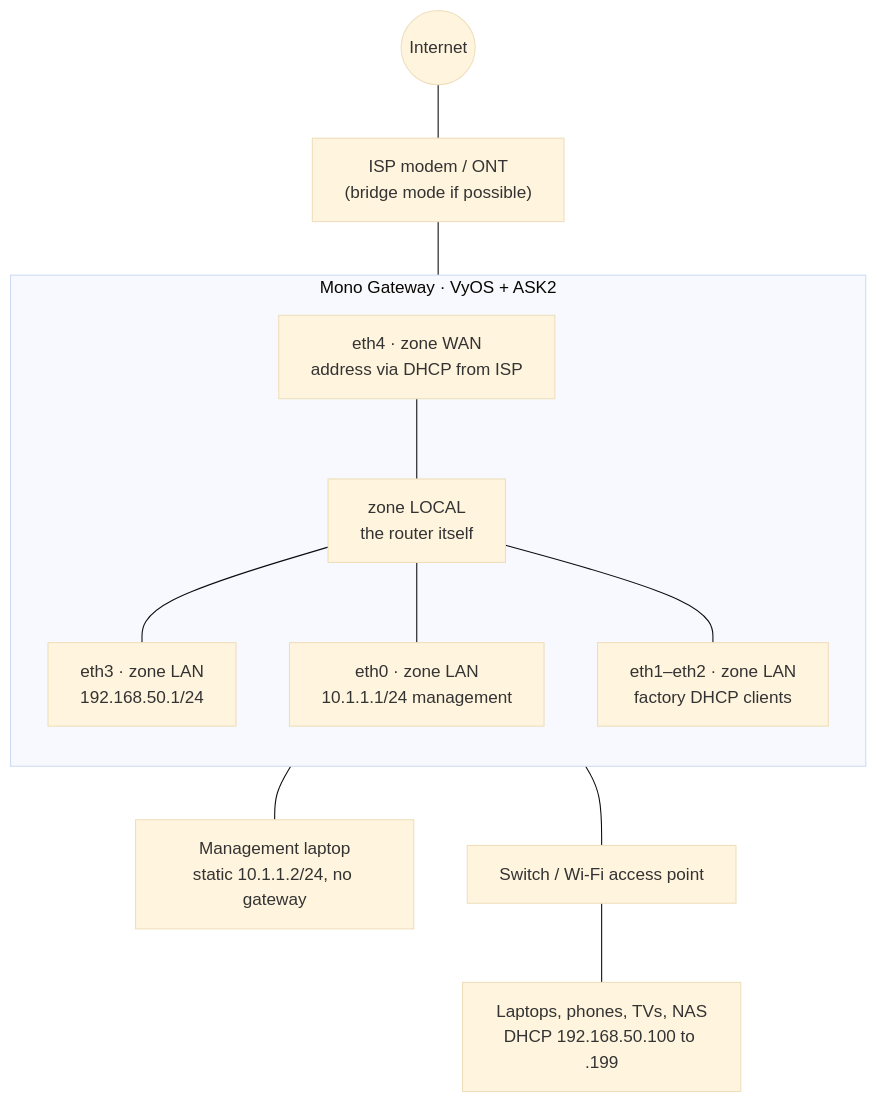
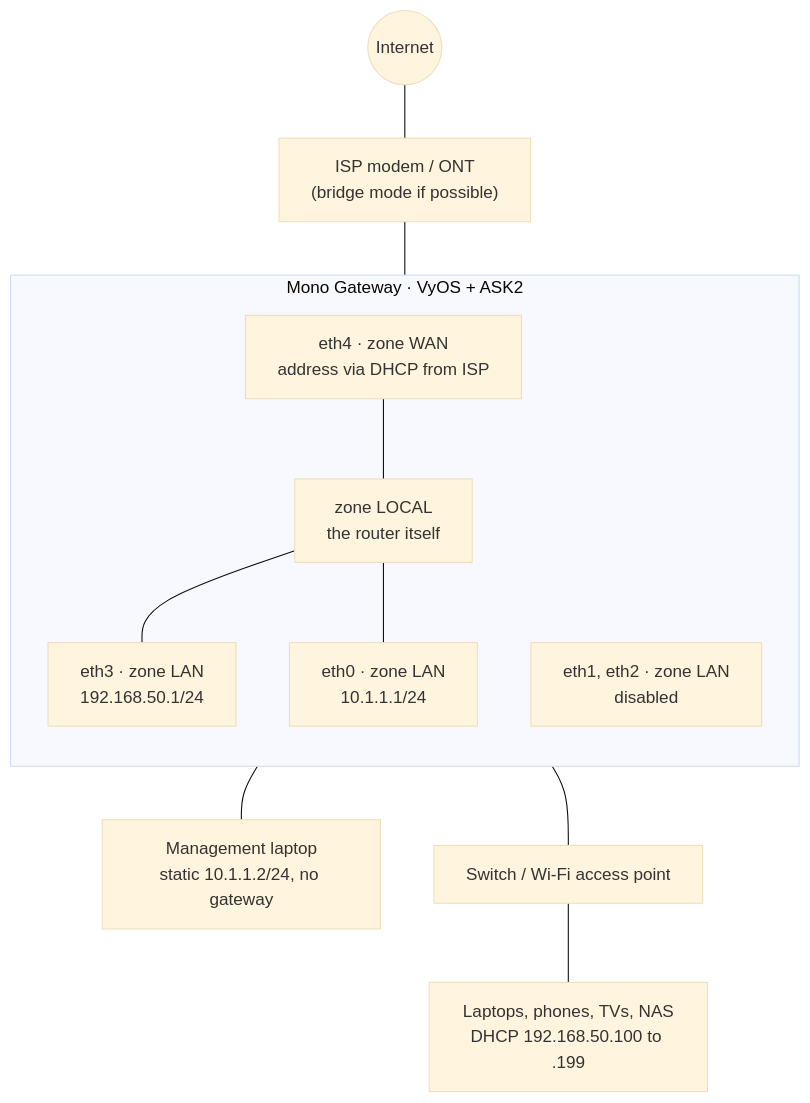
One commit to mihakralj/vyos-ls1046a-build changed the first of 2 diagrams in CONFIG.MD. Above: the diagram before and after it, drawn with Mermaid (base theme). The commit also changed other lines of this file, not shown here.

````diff
--- a/CONFIG.MD
+++ b/CONFIG.MD
@@ -103,23 +125,23 @@
 ```mermaid
 flowchart TB
     inet(("Internet"))
     modem["ISP modem / ONT<br/>(bridge mode if possible)"]
     subgraph router["Mono Gateway · VyOS + ASK2"]
         direction TB
         wan["eth4 · zone WAN<br/>address via DHCP from ISP"]
         local["zone LOCAL<br/>the router itself"]
         lan["eth3 · zone LAN<br/>192.168.50.1/24"]
-        mgmt["eth0 · zone LAN<br/>10.1.1.1/24 management"]
-        other["eth1–eth2 · zone LAN<br/>factory DHCP clients"]
+        mgmt["eth0 · zone LAN<br/>10.1.1.1/24"]
+        spare["eth1, eth2 · zone LAN<br/>disabled"]
         wan --- local --- lan
         local --- mgmt
-        local --- other
+        local ~~~ spare
     end
     laptop["Management laptop<br/>static 10.1.1.2/24, no gateway"]
     sw["Switch / Wi-Fi access point"]
     clients["Laptops, phones, TVs, NAS<br/>DHCP 192.168.50.100 to .199"]
 
     inet --- modem --- wan
     lan --- sw --- clients
     mgmt --- laptop
 ```
````
